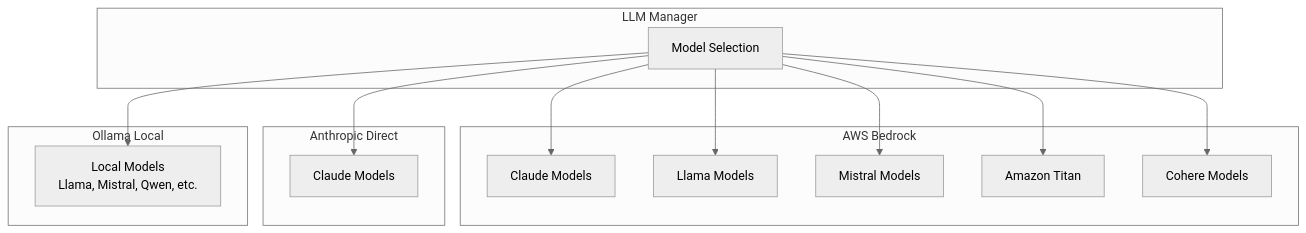
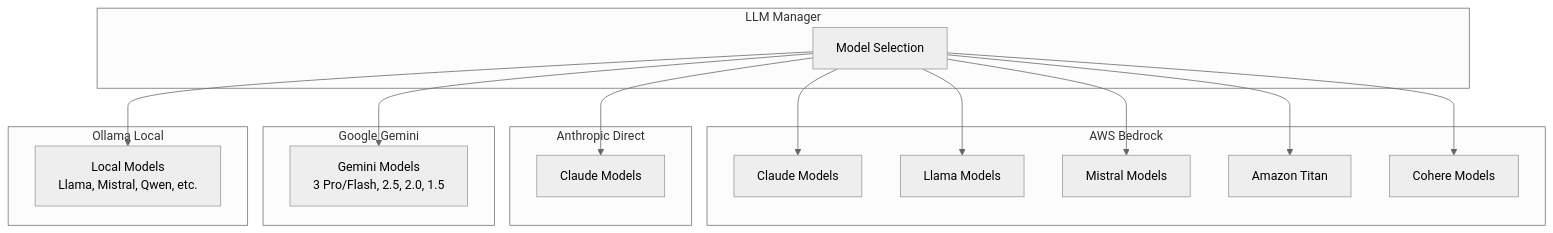
One commit to Digital-Thought/dtSpark changed the first of 12 diagrams in docs/features.md. Above: the diagram before and after it, drawn with Mermaid (neutral theme). The commit also changed other lines of this file and 17 other files, not shown here.

First line of the commit message:
Add Google Gemini LLM provider with web search grounding

````diff
--- a/docs/features.md
+++ b/docs/features.md
@@ -26,30 +27,35 @@
 ```mermaid
 graph TB
     subgraph "LLM Manager"
         SELECT[Model Selection]
     end
 
     subgraph "AWS Bedrock"
         CLAUDE_B[Claude Models]
         LLAMA[Llama Models]
         MISTRAL[Mistral Models]
         TITAN[Amazon Titan]
         COHERE[Cohere Models]
     end
 
     subgraph "Anthropic Direct"
         CLAUDE_A[Claude Models]
     end
 
+    subgraph "Google Gemini"
+        GEMINI[Gemini Models<br/>3 Pro/Flash, 2.5, 2.0, 1.5]
+    end
+
     subgraph "Ollama Local"
         LOCAL[Local Models<br/>Llama, Mistral, Qwen, etc.]
     end
 
     SELECT --> CLAUDE_B
     SELECT --> LLAMA
     SELECT --> MISTRAL
     SELECT --> TITAN
     SELECT --> COHERE
     SELECT --> CLAUDE_A
+    SELECT --> GEMINI
     SELECT --> LOCAL
 ```
````
